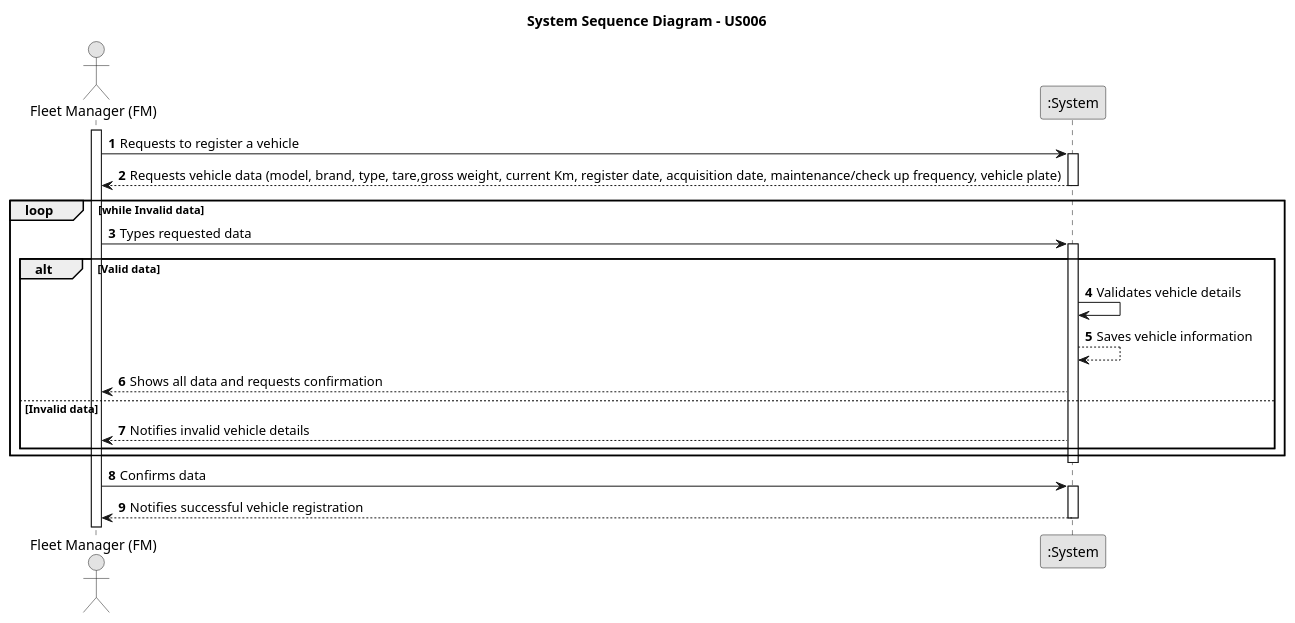
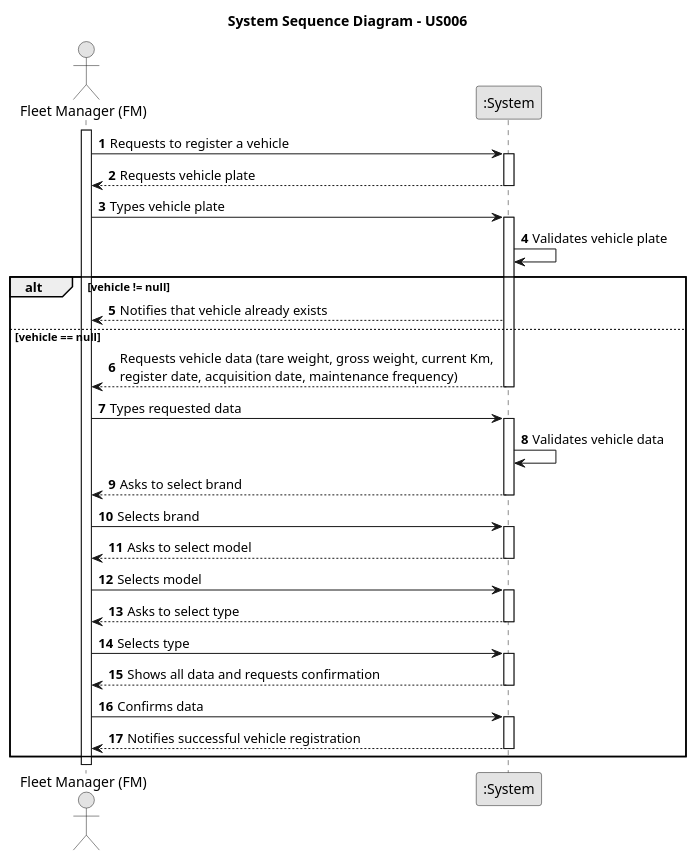
The diagram in docs/sprintB/us006/01.requirements-engineering/puml/us006-system-sequence-diagram-alternative-one.puml (RicardoMorim/lapr2-ISEP-Project), drawn with PlantUML before and after one commit. The commit also changed 2 other files, not shown here.

```diff
--- a/docs/sprintB/us006/01.requirements-engineering/puml/us006-system-sequence-diagram-alternative-one.puml
+++ b/docs/sprintB/us006/01.requirements-engineering/puml/us006-system-sequence-diagram-alternative-one.puml
@@ -1,36 +1,51 @@
 @startuml
 skinparam monochrome true
 skinparam packageStyle rectangle
 skinparam shadowing false
 
 actor "Fleet Manager (FM)" as FM
 participant ":System" as System
 autonumber
 
 title System Sequence Diagram - US006
 activate FM
 
 FM -> System : Requests to register a vehicle
 activate System
+System --> FM : Requests vehicle plate
+deactivate System
+FM -> System : Types vehicle plate
+activate System
+System -> System : Validates vehicle plate
 
-    System --> FM : Requests vehicle data (model, brand, type, tare,gross weight, current Km, register date, acquisition date, maintenance/check up frequency, vehicle plate)
+alt vehicle != null
+    System --> FM : Notifies that vehicle already exists
+    else vehicle == null
+    System --> FM : Requests vehicle data (tare weight, gross weight, current Km, \nregister date, acquisition date, maintenance frequency)
 
 deactivate System
-loop while Invalid data
     FM -> System : Types requested data
     activate System
-alt Valid data
-System -> System: Validates vehicle details
-    System --> System: Saves vehicle information
+
+System -> System: Validates vehicle data
+    System --> FM : Asks to select brand
+    deactivate System
+    FM -> System : Selects brand
+    activate System
+    System --> FM : Asks to select model
+    deactivate System
+    FM -> System : Selects model
+    activate System
+    System --> FM : Asks to select type
+    deactivate System
+    FM -> System : Selects type
+    activate System
     System --> FM : Shows all data and requests confirmation
-else Invalid data
-System --> FM: Notifies invalid vehicle details
-end
-end
+    deactivate System
 deactivate System
     FM -> System : Confirms data
     activate System
     System --> FM: Notifies successful vehicle registration
 deactivate System
-
+end
 @enduml
```
